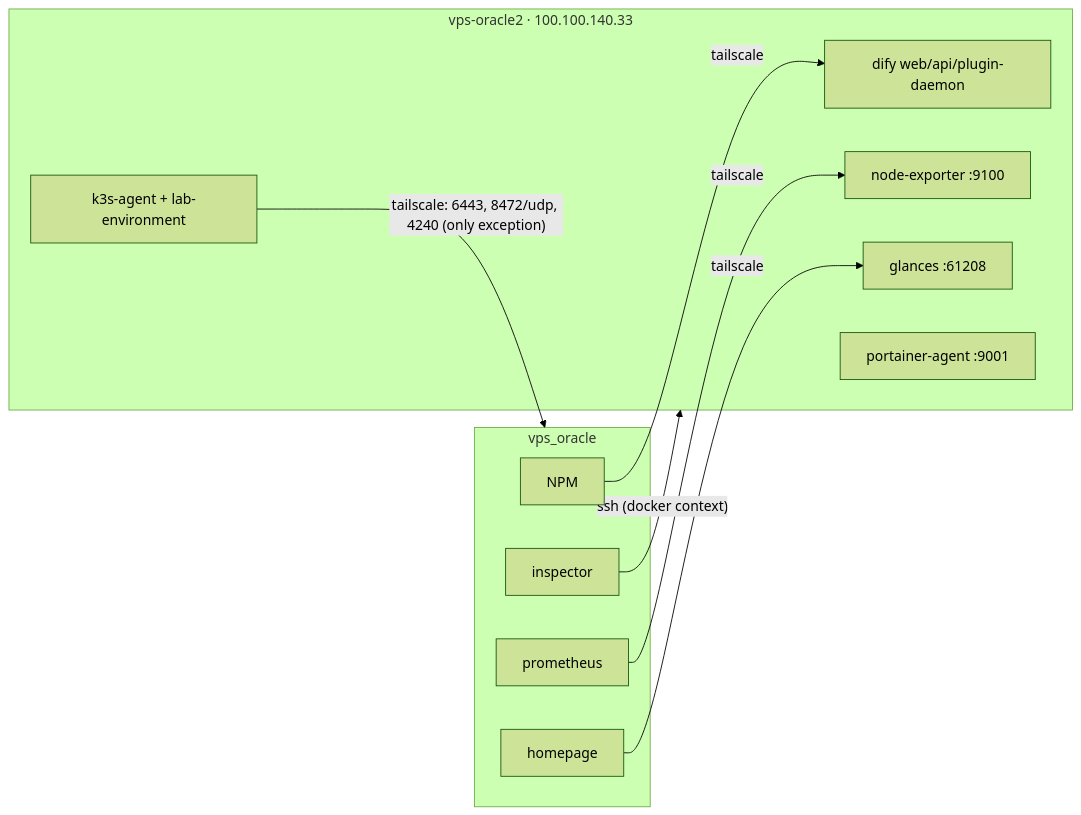
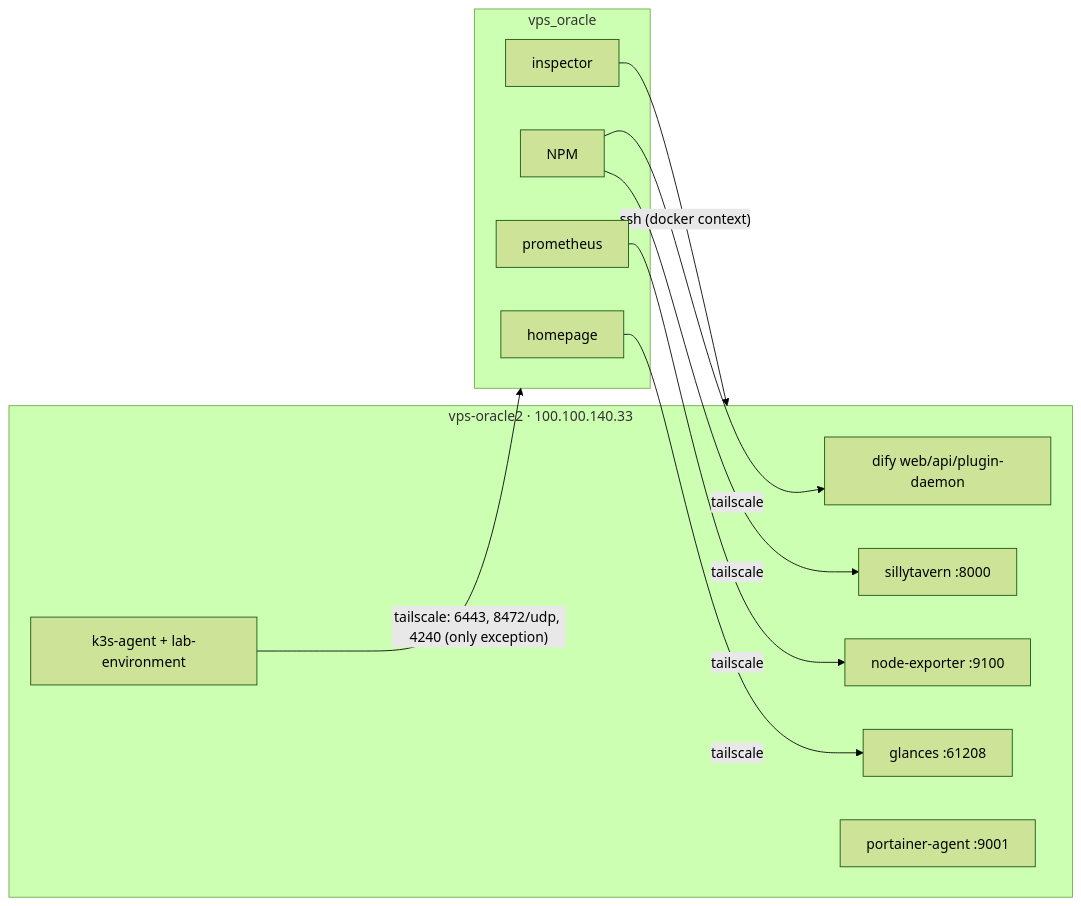
One commit to Jeromefromcn/docker-gitops changed the diagram in vps_oracle2/README.md. Above: the diagram before and after it, drawn with Mermaid (forest theme). The commit also changed other lines of this file and 6 other files, not shown here.

````diff
--- a/vps_oracle2/README.md
+++ b/vps_oracle2/README.md
@@ -19,21 +19,23 @@
 ```mermaid
 flowchart LR
   subgraph oracle[vps_oracle]
     NPM[NPM]
     PROM[prometheus]
     HP[homepage]
     INS[inspector]
   end
   subgraph o2[vps-oracle2 · 100.100.140.33]
     DIFY[dify web/api/plugin-daemon]
+    ST[sillytavern :8000]
     NE[node-exporter :9100]
     GL[glances :61208]
     PA[portainer-agent :9001]
     AG[k3s-agent + lab-environment]
   end
   NPM -- tailscale --> DIFY
+  NPM -- tailscale --> ST
   AG -- "tailscale: 6443, 8472/udp, 4240 (only exception)" --> oracle
   PROM -- tailscale --> NE
   HP -- tailscale --> GL
   INS -- "ssh (docker context)" --> o2
 ```
````
